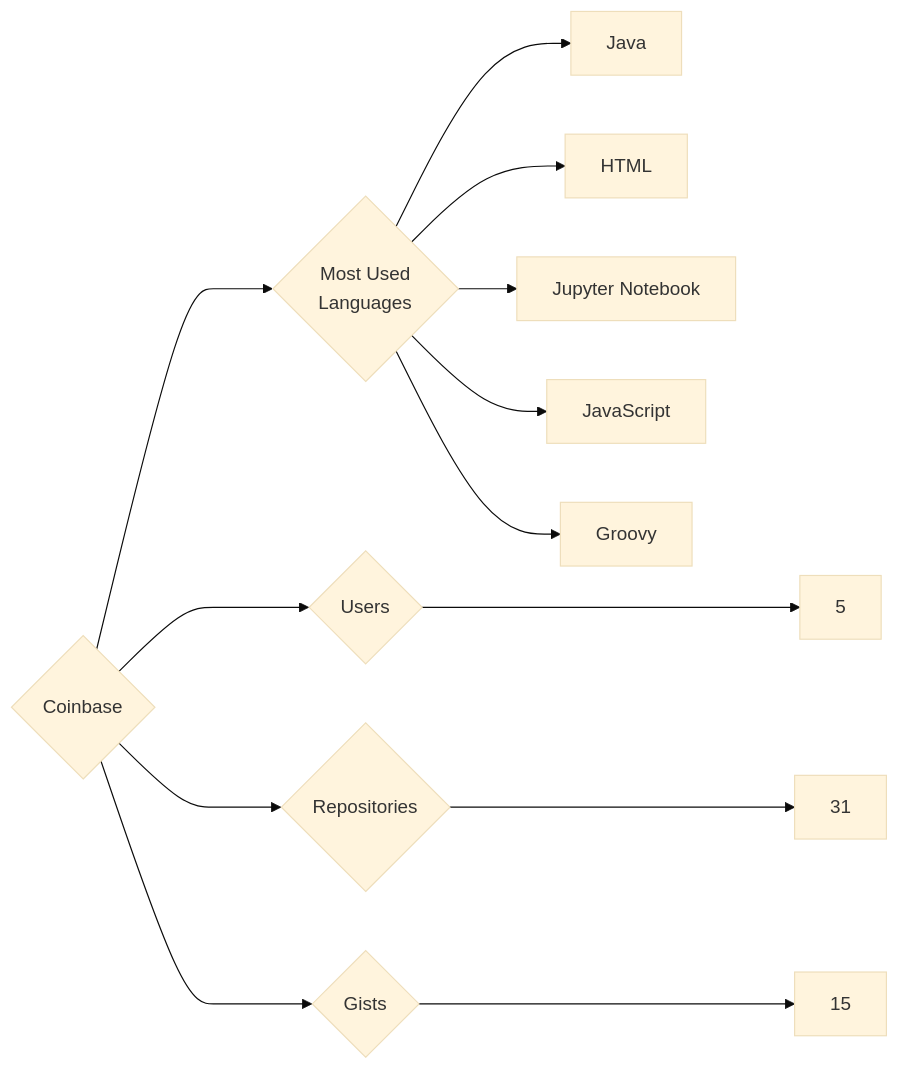
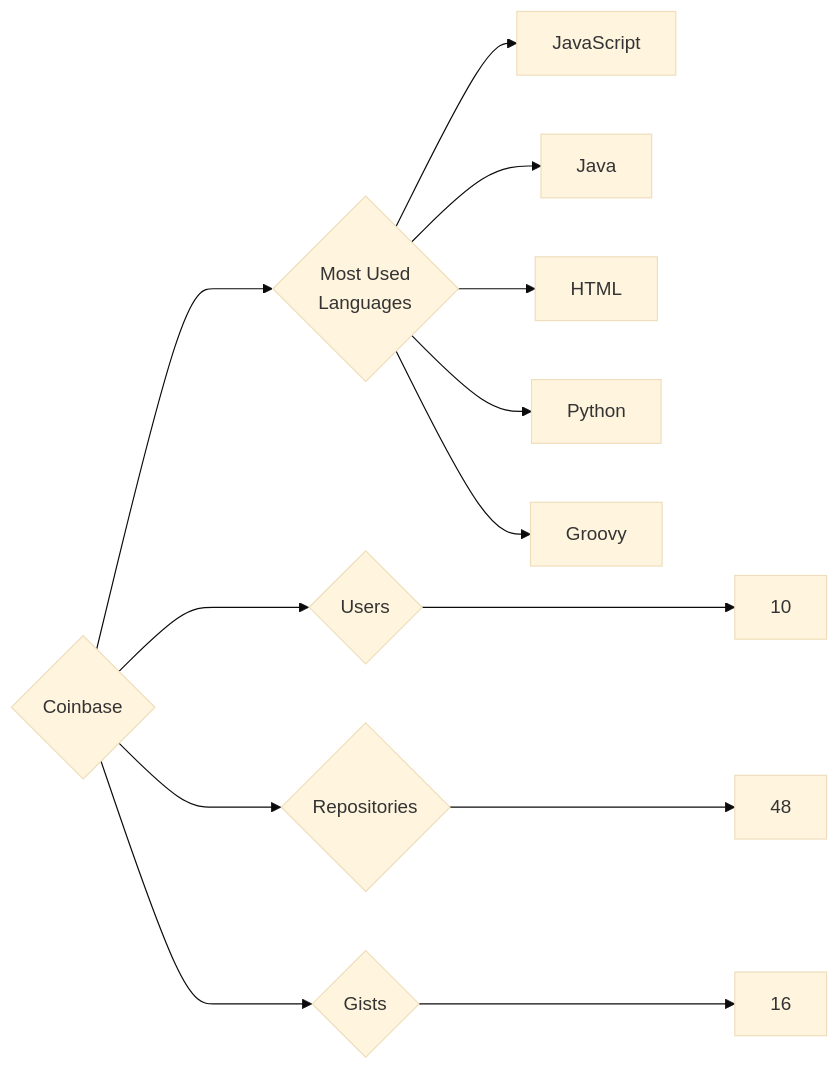
Before and after one commit to trickest/insiders: the diagram in targets/Coinbase/README.md, drawn with Mermaid (base theme). The commit also changed 611 other files, not shown here.

````diff
--- a/targets/Coinbase/README.md
+++ b/targets/Coinbase/README.md
@@ -3,13 +3,13 @@
 ```mermaid
 graph LR
 COMPANY_NAME{Coinbase}
-COMPANY_NAME ---> U{Users} ---> UN[5]
-COMPANY_NAME ---> R{Repositories} ---> RN[31]
-COMPANY_NAME ---> G{Gists} ---> GN[15]
+COMPANY_NAME ---> U{Users} ---> UN[10]
+COMPANY_NAME ---> R{Repositories} ---> RN[48]
+COMPANY_NAME ---> G{Gists} ---> GN[16]
 COMPANY_NAME ---> ML{Most Used<br>Languages}
+ML --> JavaScript[JavaScript]
 ML --> Java[Java]
 ML --> HTML[HTML]
-ML --> Jupyter_Notebook[Jupyter Notebook]
-ML --> JavaScript[JavaScript]
+ML --> Python[Python]
 ML --> Groovy[Groovy]
 ```
````
